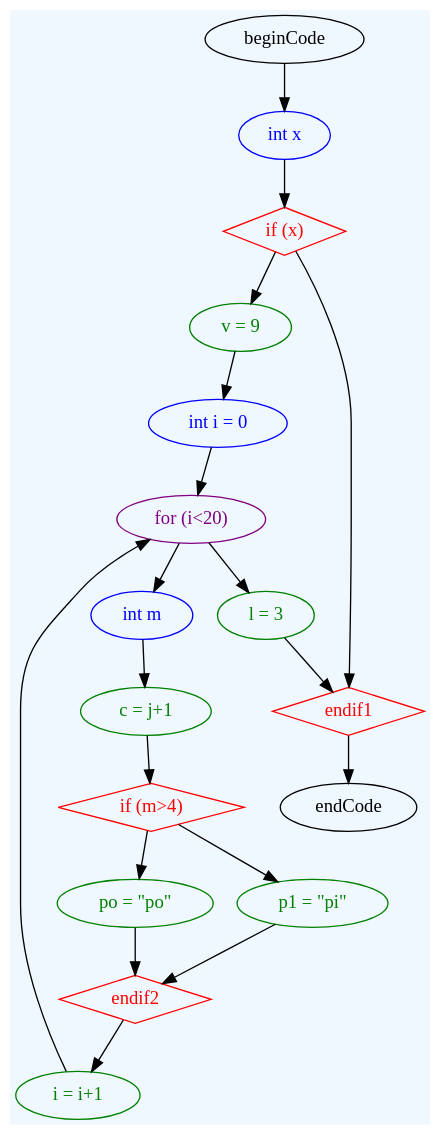
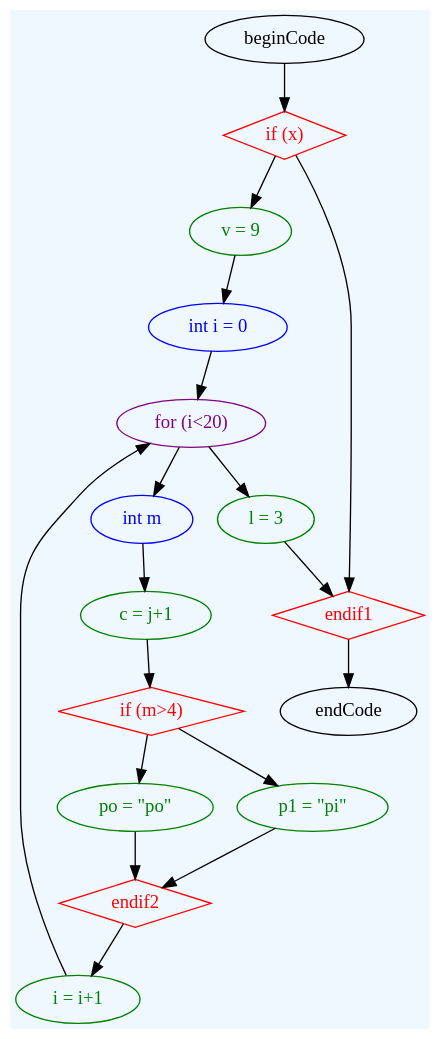
One commit to saracqueiros/EG22 changed the diagram in TP3/doctest-output/grammar.gv. Above: the diagram before and after it, drawn with Graphviz. The commit also changed 3 other files, not shown here.

```diff
--- a/TP3/doctest-output/grammar.gv
+++ b/TP3/doctest-output/grammar.gv
@@ -1,36 +1,34 @@
 digraph grammar {
 	graph [bgcolor=aliceblue rankdir=TB]
-	"int x " [color=blue fontcolor=blue]
-	beginCode -> "int x "
 	"if (x)" [color=red fontcolor=red shape=diamond]
-	"int x " -> "if (x)"
+	beginCode -> "if (x)"
 	" v = 9" [color=green fontcolor=green]
 	"if (x)" -> " v = 9"
 	"int i = 0 " [color=blue fontcolor=blue]
 	" v = 9" -> "int i = 0 "
 	"for (i<20)" [color=purple fontcolor=purple]
 	"int i = 0 " -> "for (i<20)"
 	" i = i+1" [color=green fontcolor=green]
 	" i = i+1" -> "for (i<20)"
 	"int m " [color=blue fontcolor=blue]
 	"for (i<20)" -> "int m "
 	" c = j+1" [color=green fontcolor=green]
 	"int m " -> " c = j+1"
 	"if (m>4)" [color=red fontcolor=red shape=diamond]
 	" c = j+1" -> "if (m>4)"
 	" po = \"po\"" [color=green fontcolor=green]
 	"if (m>4)" -> " po = \"po\""
 	endif2 [color=red fontcolor=red shape=diamond]
 	" po = \"po\"" -> endif2
 	" p1 = \"pi\"" [color=green fontcolor=green]
 	"if (m>4)" -> " p1 = \"pi\""
 	endif2 [color=red fontcolor=red shape=diamond]
 	" p1 = \"pi\"" -> endif2
 	endif2 -> " i = i+1"
 	" l = 3" [color=green fontcolor=green]
 	"for (i<20)" -> " l = 3"
 	endif1 [color=red fontcolor=red shape=diamond]
 	" l = 3" -> endif1
 	"if (x)" -> endif1
 	endif1 -> endCode
 }
```
